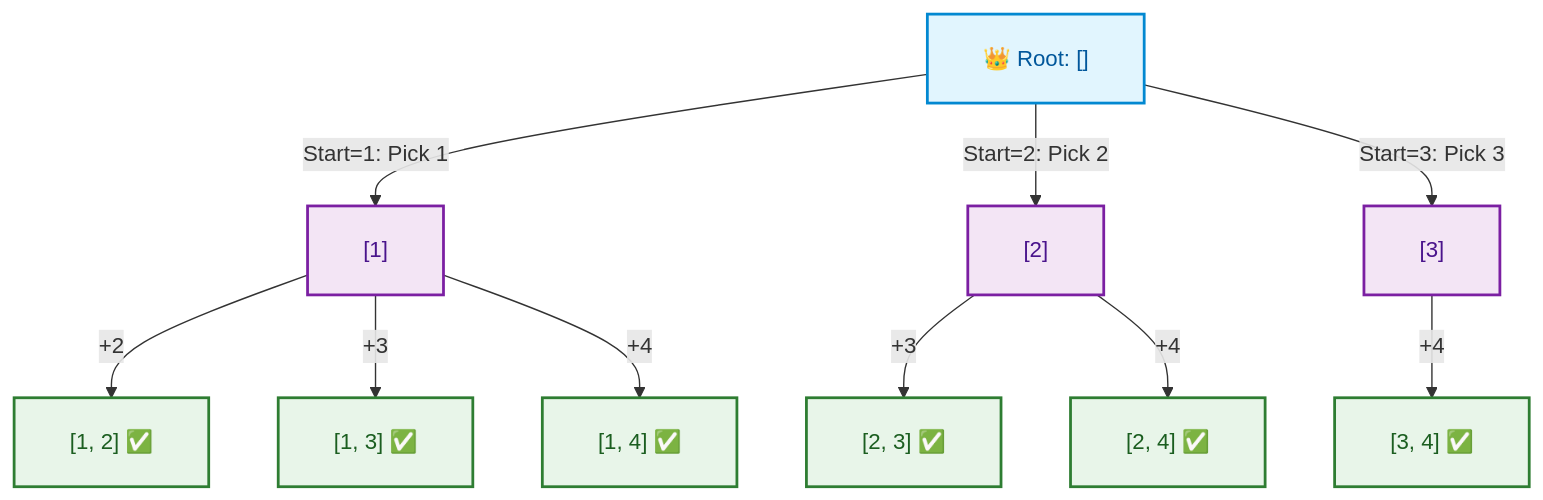
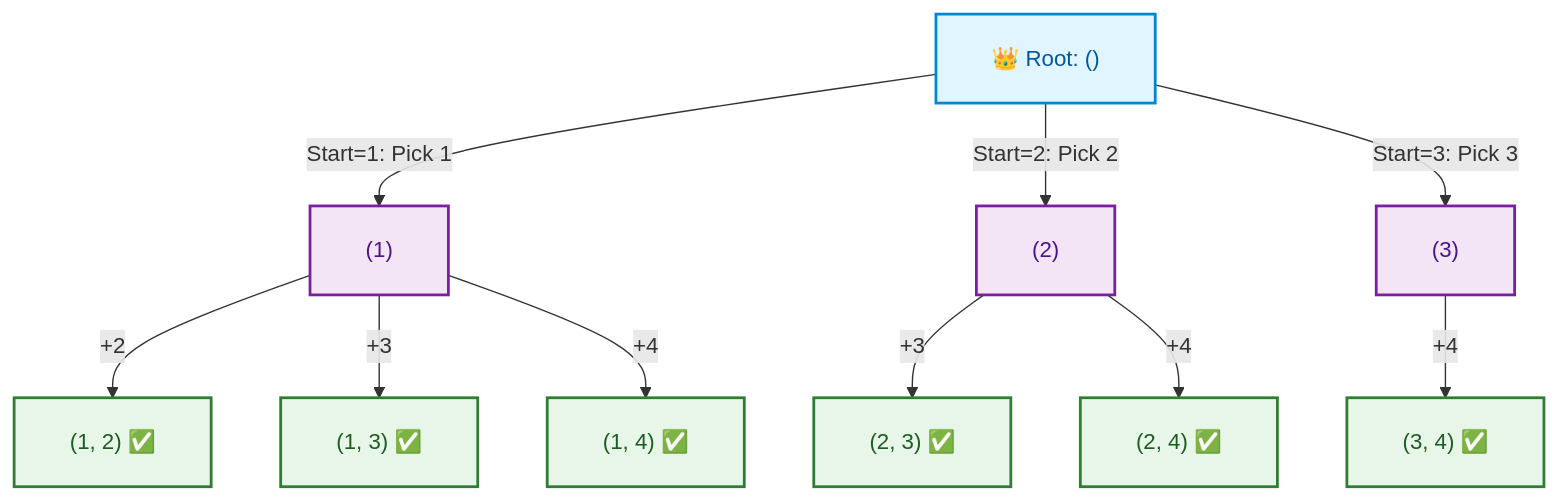
Before and after one commit to dip4k/DSA_102: the second of 5 diagrams in week_13_backtracking_and_branch_bound/Week_13_Visual_Concepts_Playbook_HYBRID.md, drawn with Mermaid. The commit also changed other lines of this file and 147 other files, not shown here.

First line of the commit message:
feat(curriculum): enrich Weeks 01-19 instructional modules & resolve repository-wide Mermaid cutoff

````diff
--- a/week_13_backtracking_and_branch_bound/Week_13_Visual_Concepts_Playbook_HYBRID.md
+++ b/week_13_backtracking_and_branch_bound/Week_13_Visual_Concepts_Playbook_HYBRID.md
@@ -643,35 +643,35 @@
 ```mermaid
 %%{init: {"flowchart": {"htmlLabels": true, "padding": 20}, "themeCSS": "foreignObject { overflow: visible !important; }"}}%%
 graph TD
     classDef rootNode fill:#e1f5fe,stroke:#0288d1,stroke-width:2px,color:#01579b
     classDef l1Node fill:#f3e5f5,stroke:#7b1fa2,stroke-width:2px,color:#4a148c
     classDef leafNode fill:#e8f5e9,stroke:#2e7d32,stroke-width:2px,color:#1b5e20
 
-    Root["👑 Root: []"]:::rootNode
+    Root["👑 Root: ()"]:::rootNode
 
-    C1["[1]"]:::l1Node
-    C2["[2]"]:::l1Node
-    C3["[3]"]:::l1Node
+    C1["(1)"]:::l1Node
+    C2["(2)"]:::l1Node
+    C3["(3)"]:::l1Node
 
-    L1_2["[1, 2] ✅"]:::leafNode
-    L1_3["[1, 3] ✅"]:::leafNode
-    L1_4["[1, 4] ✅"]:::leafNode
+    L1_2["(1, 2) ✅"]:::leafNode
+    L1_3["(1, 3) ✅"]:::leafNode
+    L1_4["(1, 4) ✅"]:::leafNode
 
-    L2_3["[2, 3] ✅"]:::leafNode
-    L2_4["[2, 4] ✅"]:::leafNode
+    L2_3["(2, 3) ✅"]:::leafNode
+    L2_4["(2, 4) ✅"]:::leafNode
 
-    L3_4["[3, 4] ✅"]:::leafNode
+    L3_4["(3, 4) ✅"]:::leafNode
 
     Root -->|"Start=1: Pick 1"| C1
     Root -->|"Start=2: Pick 2"| C2
     Root -->|"Start=3: Pick 3"| C3
 
     C1 -->|"+2"| L1_2
     C1 -->|"+3"| L1_3
     C1 -->|"+4"| L1_4
 
     C2 -->|"+3"| L2_3
     C2 -->|"+4"| L2_4
 
     C3 -->|"+4"| L3_4
 ```
````
